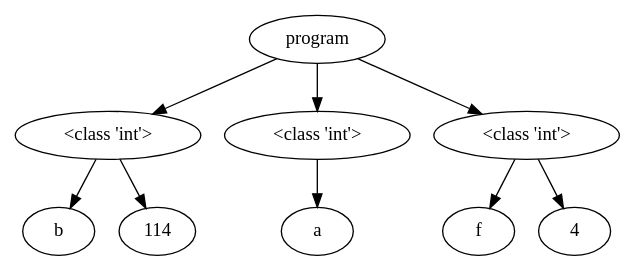
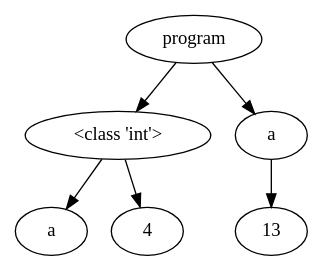
One commit to NielsVandenBroeck/COMP_Compiler changed the diagram in OutputFiles/dotVisualization.dot. Above: the diagram before and after it, drawn with Graphviz. The commit also changed 4 other files, not shown here.

```diff
--- a/OutputFiles/dotVisualization.dot
+++ b/OutputFiles/dotVisualization.dot
@@ -1,22 +1,15 @@
 digraph G { 
-"<AST.AST object at 0x00000236935E1400> (0)"[label="program"]
-"<AST.ASTDataType object at 0x00000236935E1970> (1)"[label="<class 'int'>"]
-"<AST.AST object at 0x00000236935E1400> (0)"->"<AST.ASTDataType object at 0x00000236935E1970> (1)"
-"<AST.ASTDataType object at 0x00000236935E1970> (1)"[label="<class 'int'>"]
-"<AST.ASTVariable object at 0x00000236935E19D0> (2)"[label="b"]
-"<AST.ASTDataType object at 0x00000236935E1970> (1)"->"<AST.ASTVariable object at 0x00000236935E19D0> (2)"
-"<AST.AST object at 0x00000236935E1880> (2)"[label="114"]
-"<AST.ASTDataType object at 0x00000236935E1970> (1)"->"<AST.AST object at 0x00000236935E1880> (2)"
-"<AST.ASTDataType object at 0x00000236935E15E0> (1)"[label="<class 'int'>"]
-"<AST.AST object at 0x00000236935E1400> (0)"->"<AST.ASTDataType object at 0x00000236935E15E0> (1)"
-"<AST.ASTDataType object at 0x00000236935E15E0> (1)"[label="<class 'int'>"]
-"<AST.ASTVariable object at 0x00000236935E1B50> (2)"[label="a"]
-"<AST.ASTDataType object at 0x00000236935E15E0> (1)"->"<AST.ASTVariable object at 0x00000236935E1B50> (2)"
-"<AST.ASTDataType object at 0x00000236935E18B0> (1)"[label="<class 'int'>"]
-"<AST.AST object at 0x00000236935E1400> (0)"->"<AST.ASTDataType object at 0x00000236935E18B0> (1)"
-"<AST.ASTDataType object at 0x00000236935E18B0> (1)"[label="<class 'int'>"]
-"<AST.ASTVariable object at 0x00000236935E1D30> (2)"[label="f"]
-"<AST.ASTDataType object at 0x00000236935E18B0> (1)"->"<AST.ASTVariable object at 0x00000236935E1D30> (2)"
-"<AST.ASTOperator object at 0x00000236935E5130> (2)"[label="4"]
-"<AST.ASTDataType object at 0x00000236935E18B0> (1)"->"<AST.ASTOperator object at 0x00000236935E5130> (2)"
+"<AST.AST object at 0x000001FB179EE1F0> (0)"[label="program"]
+"<AST.ASTDataType object at 0x000001FB179F71F0> (1)"[label="<class 'int'>"]
+"<AST.AST object at 0x000001FB179EE1F0> (0)"->"<AST.ASTDataType object at 0x000001FB179F71F0> (1)"
+"<AST.ASTDataType object at 0x000001FB179F71F0> (1)"[label="<class 'int'>"]
+"<AST.ASTVariable object at 0x000001FB179F76A0> (2)"[label="a"]
+"<AST.ASTDataType object at 0x000001FB179F71F0> (1)"->"<AST.ASTVariable object at 0x000001FB179F76A0> (2)"
+"<AST.AST object at 0x000001FB179F76D0> (2)"[label="4"]
+"<AST.ASTDataType object at 0x000001FB179F71F0> (1)"->"<AST.AST object at 0x000001FB179F76D0> (2)"
+"<AST.ASTVariable object at 0x000001FB179F7C40> (1)"[label="a"]
+"<AST.AST object at 0x000001FB179EE1F0> (0)"->"<AST.ASTVariable object at 0x000001FB179F7C40> (1)"
+"<AST.ASTVariable object at 0x000001FB179F7C40> (1)"[label="a"]
+"<AST.ASTOperator object at 0x000001FB179F7E20> (2)"[label="13"]
+"<AST.ASTVariable object at 0x000001FB179F7C40> (1)"->"<AST.ASTOperator object at 0x000001FB179F7E20> (2)"
 }
```
